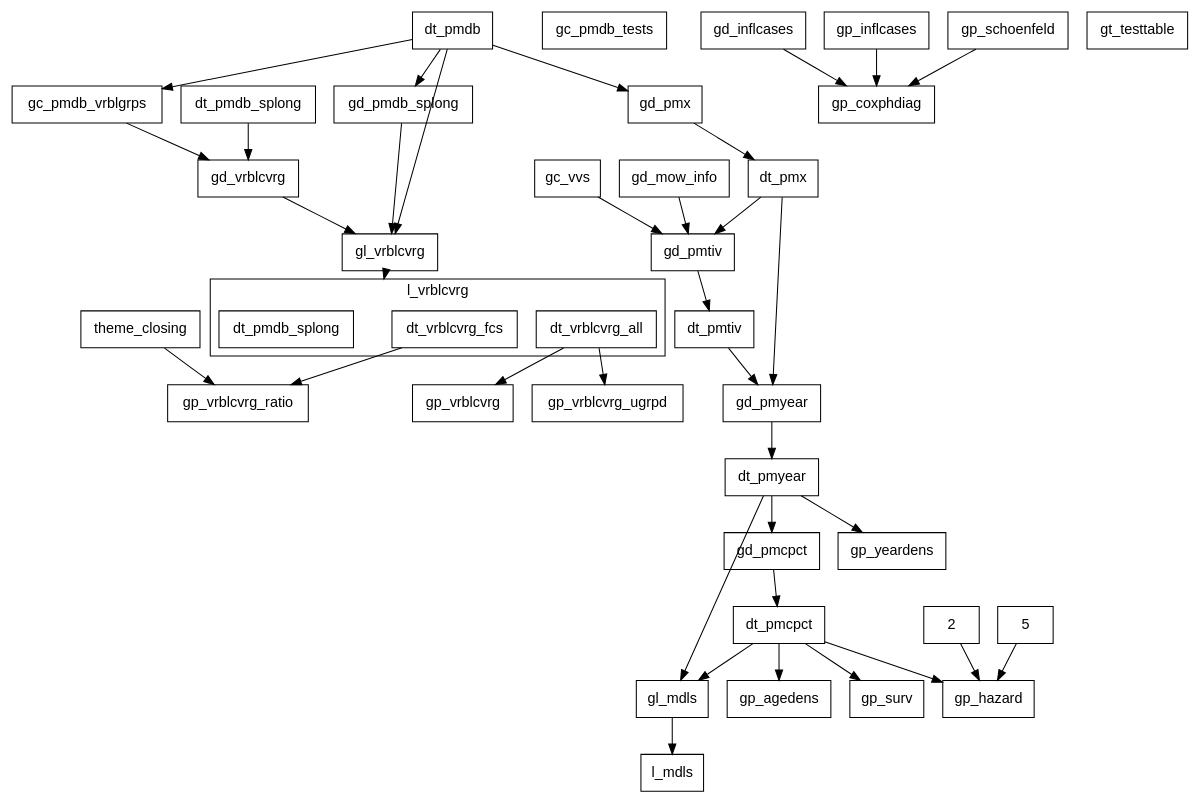
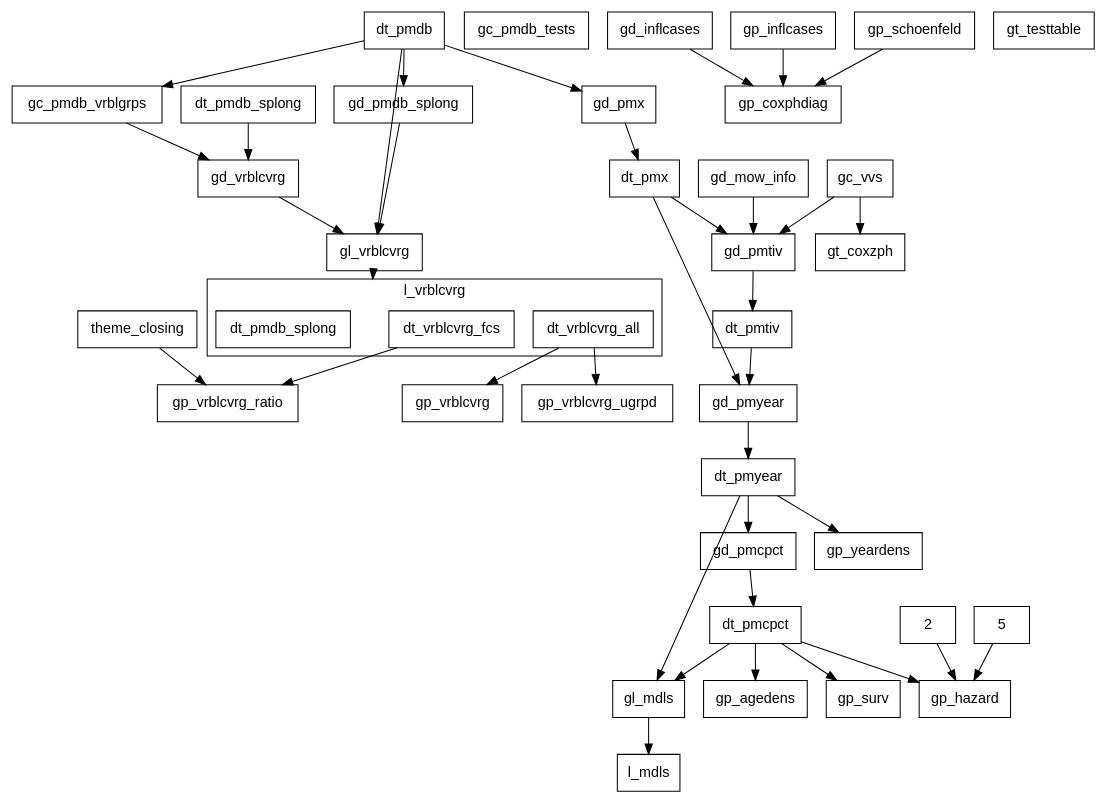
The diagram in misc/callgraph2.dot (swhalemwo/pm_closing), drawn with Graphviz before and after one commit. The commit also changed 1 other file, not shown here.

Commit message:
expand t_coxzph: have different transformations

```diff
--- a/misc/callgraph2.dot
+++ b/misc/callgraph2.dot
@@ -1,82 +1,84 @@
 digraph D {
  compound = true;
  splines = false; fontname=helvetica;
  node [shape=box, fontsize = 14, fontname=helvetica];
  edge [style = solid];
  
  subgraph cluster_l_vrblcvrg {
  label = "l_vrblcvrg";
  l_vrblcvrg__dt_vrblcvrg_all [label=dt_vrblcvrg_all]; 
 l_vrblcvrg__dt_vrblcvrg_fcs [label=dt_vrblcvrg_fcs]; 
 l_vrblcvrg [label = "", color=transparent, width=0, height=0]; 
 l_vrblcvrg__dt_pmdb_splong [label=dt_pmdb_splong] 
 } 
  gc_pmdb_tests; 
 gc_pmdb_vrblgrps; 
 gc_vvs; 
 gd_inflcases; 
 gd_mow_info; 
 gd_pmcpct; 
 gd_pmdb_splong; 
 gd_pmtiv; 
 gd_pmx; 
 gd_pmyear; 
 gd_vrblcvrg; 
 gl_mdls; 
 gl_vrblcvrg; 
 gp_agedens; 
 gp_coxphdiag; 
 gp_hazard; 
 gp_inflcases; 
 gp_schoenfeld; 
 gp_surv; 
 gp_vrblcvrg; 
 gp_vrblcvrg_ratio; 
 gp_vrblcvrg_ugrpd; 
 gp_yeardens; 
+gt_coxzph; 
 gt_testtable; 
 theme_closing; 
 dt_pmdb; 
 dt_pmdb_splong; 
 dt_pmx; 
 dt_pmtiv; 
 dt_pmyear; 
 dt_pmcpct; 
 2; 
 5; 
 l_mdls 
  2 -> gp_hazard; 
 5 -> gp_hazard; 
 dt_pmcpct -> gl_mdls; 
 dt_pmcpct -> gp_agedens; 
 dt_pmcpct -> gp_hazard; 
 dt_pmcpct -> gp_surv; 
 dt_pmdb -> gc_pmdb_vrblgrps; 
 dt_pmdb -> gd_pmdb_splong; 
 dt_pmdb -> gd_pmx; 
 dt_pmdb -> gl_vrblcvrg; 
 dt_pmdb_splong -> gd_vrblcvrg; 
 dt_pmtiv -> gd_pmyear; 
 dt_pmx -> gd_pmtiv; 
 dt_pmx -> gd_pmyear; 
 dt_pmyear -> gd_pmcpct; 
 dt_pmyear -> gl_mdls; 
 dt_pmyear -> gp_yeardens; 
 gc_pmdb_vrblgrps -> gd_vrblcvrg; 
 gc_vvs -> gd_pmtiv; 
+gc_vvs -> gt_coxzph; 
 gd_inflcases -> gp_coxphdiag; 
 gd_mow_info -> gd_pmtiv; 
 gd_pmcpct -> dt_pmcpct; 
 gd_pmdb_splong -> gl_vrblcvrg; 
 gd_pmtiv -> dt_pmtiv; 
 gd_pmx -> dt_pmx; 
 gd_pmyear -> dt_pmyear; 
 gd_vrblcvrg -> gl_vrblcvrg; 
 gl_mdls -> l_mdls; 
 gl_vrblcvrg -> l_vrblcvrg[lhead=cluster_l_vrblcvrg,ltail=gl_vrblcvrg]; 
 gp_inflcases -> gp_coxphdiag; 
 gp_schoenfeld -> gp_coxphdiag; 
 l_vrblcvrg__dt_vrblcvrg_all -> gp_vrblcvrg; 
 l_vrblcvrg__dt_vrblcvrg_all -> gp_vrblcvrg_ugrpd; 
 l_vrblcvrg__dt_vrblcvrg_fcs -> gp_vrblcvrg_ratio; 
 theme_closing -> gp_vrblcvrg_ratio }
```
